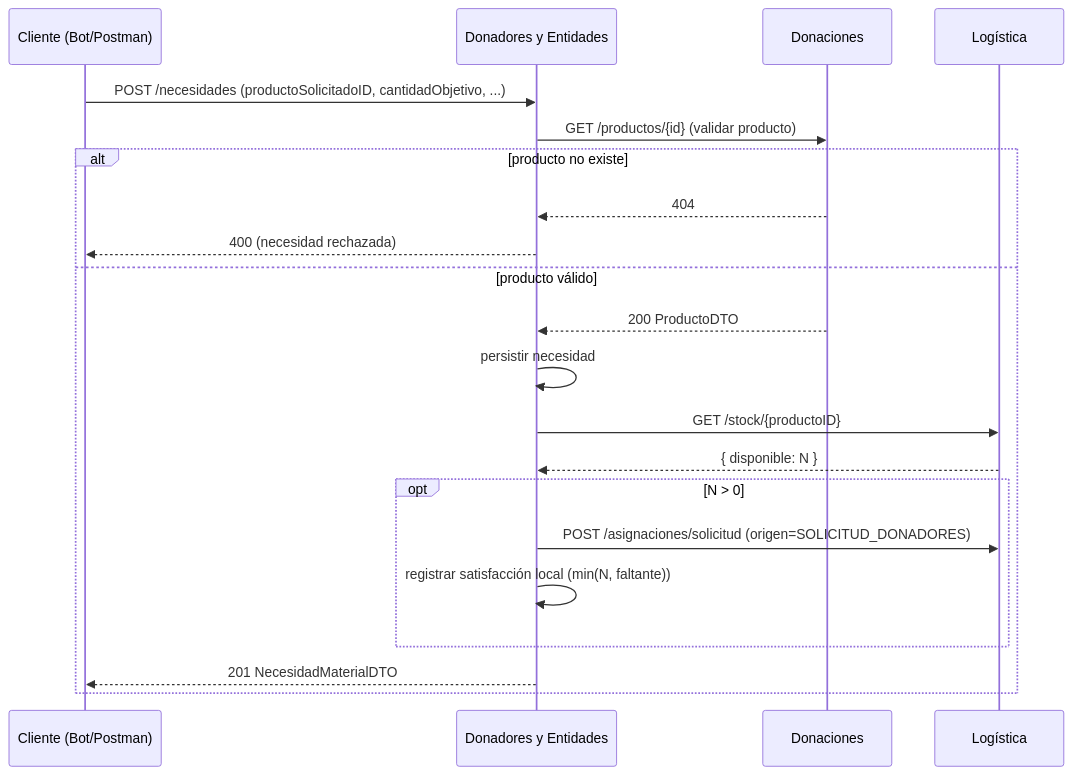
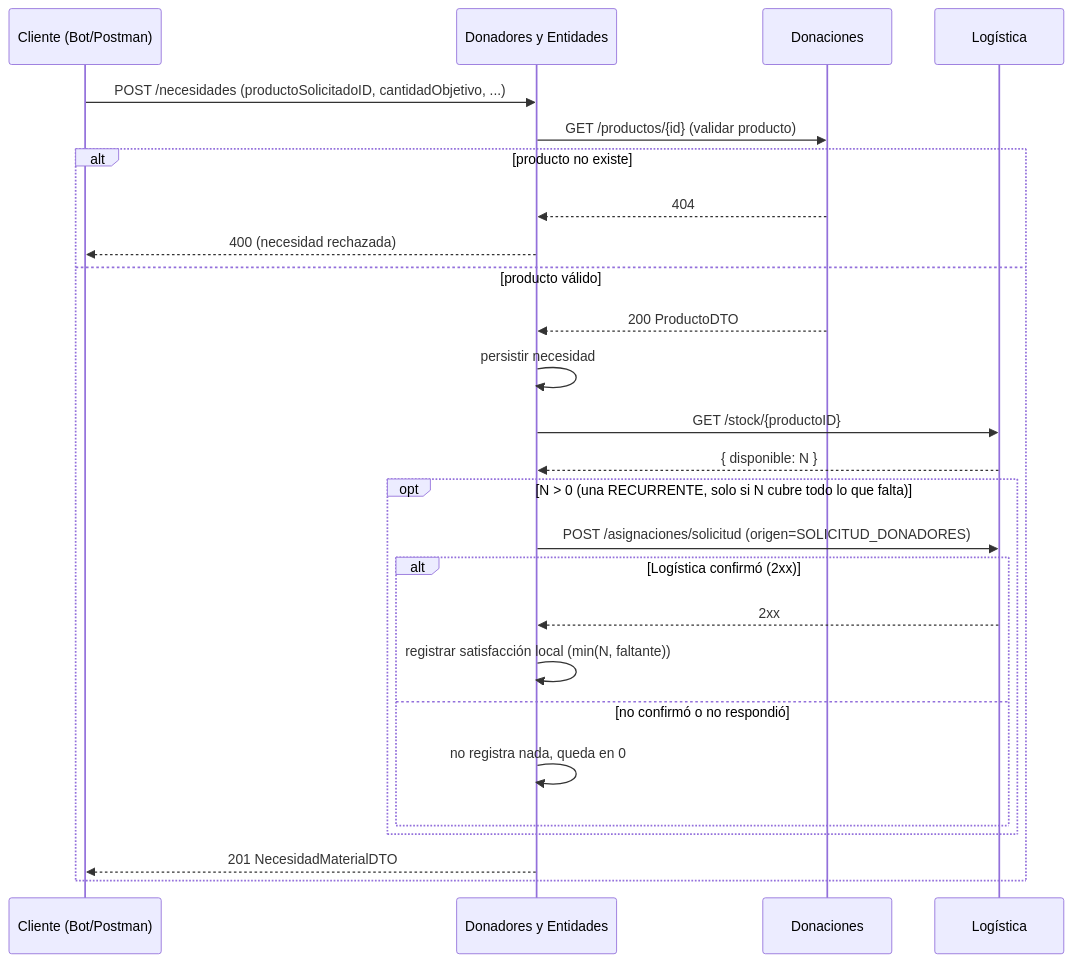
Before and after one commit to 2026-ddsi-tpa-Medio-Byte/DonadoresYEntidadesv2: the diagram in docs/ENTREGA4.md, drawn with Mermaid. The commit also changed other lines of this file and 18 other files, not shown here.

````diff
--- a/docs/ENTREGA4.md
+++ b/docs/ENTREGA4.md
@@ -24,23 +28,28 @@
 ```mermaid
 sequenceDiagram
     participant API as Cliente (Bot/Postman)
     participant DE as Donadores y Entidades
     participant DON as Donaciones
     participant LOG as Logística
     API->>DE: POST /necesidades (productoSolicitadoID, cantidadObjetivo, ...)
     DE->>DON: GET /productos/{id}  (validar producto)
     alt producto no existe
         DON-->>DE: 404
         DE-->>API: 400 (necesidad rechazada)
     else producto válido
         DON-->>DE: 200 ProductoDTO
         DE->>DE: persistir necesidad
         DE->>LOG: GET /stock/{productoID}
         LOG-->>DE: { disponible: N }
-        opt N > 0
+        opt N > 0 (una RECURRENTE, solo si N cubre todo lo que falta)
             DE->>LOG: POST /asignaciones/solicitud (origen=SOLICITUD_DONADORES)
-            DE->>DE: registrar satisfacción local (min(N, faltante))
+            alt Logística confirmó (2xx)
+                LOG-->>DE: 2xx
+                DE->>DE: registrar satisfacción local (min(N, faltante))
+            else no confirmó o no respondió
+                DE->>DE: no registra nada, queda en 0
+            end
         end
         DE-->>API: 201 NecesidadMaterialDTO
     end
 ```
````
